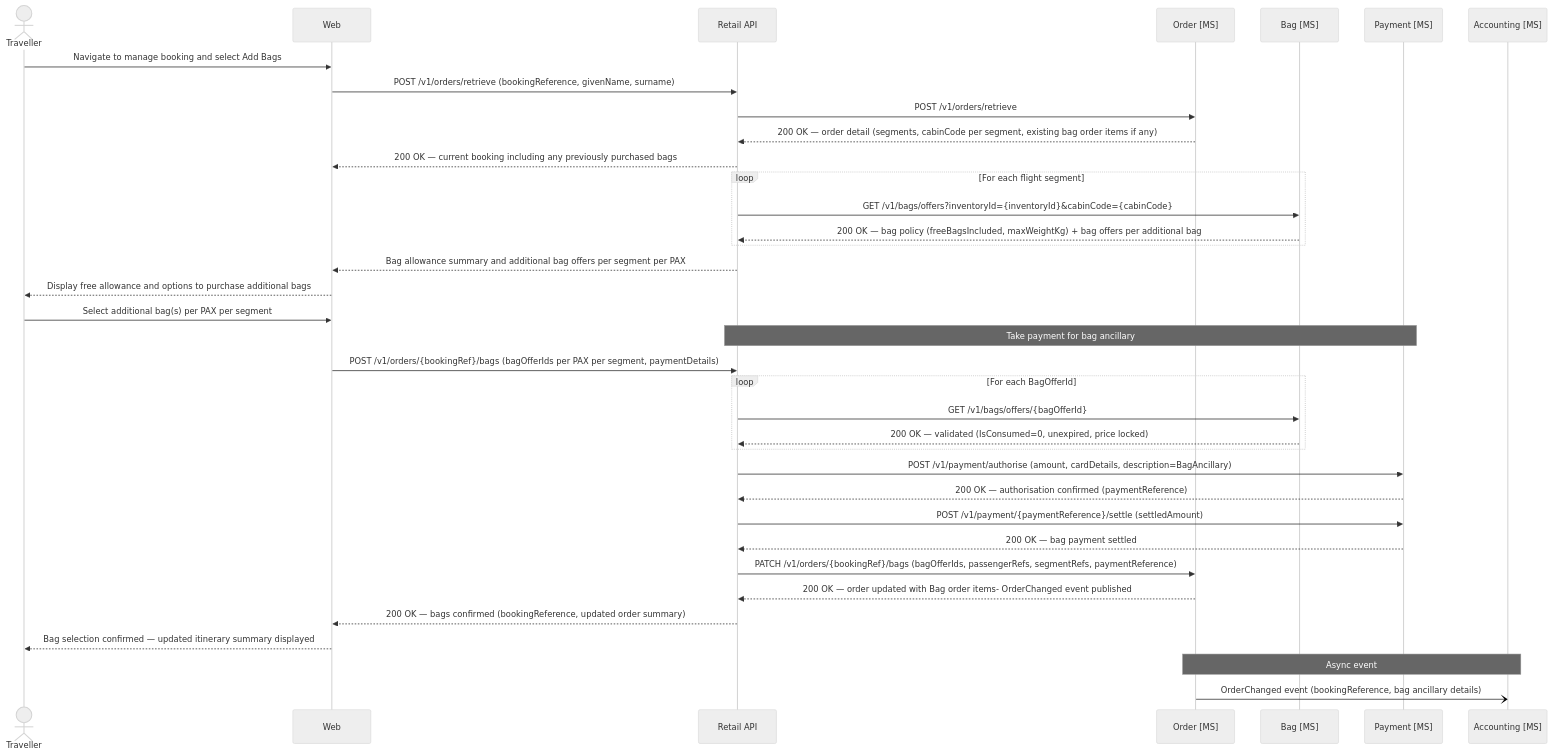
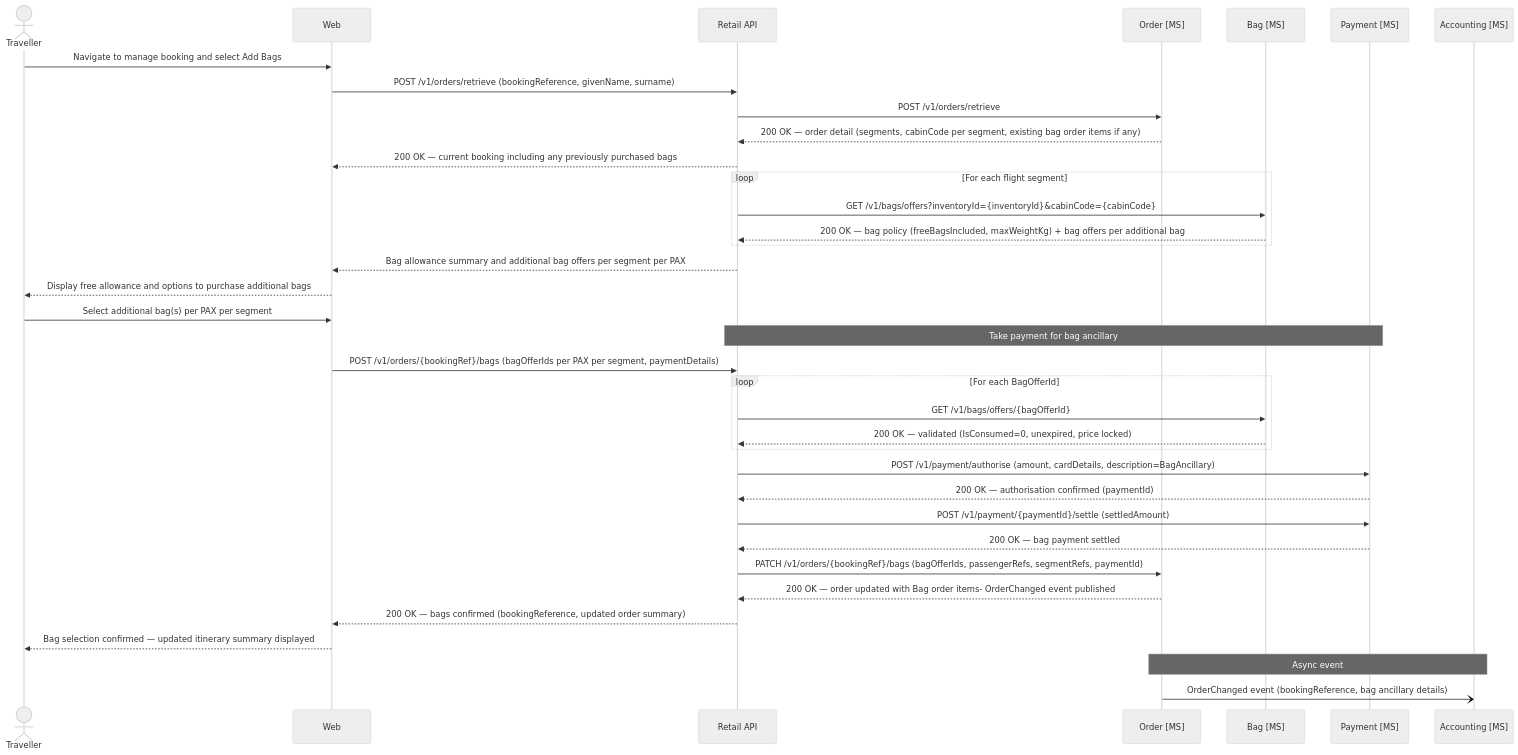
One commit to sebharvey/airline-reservation-system changed the second of 2 diagrams in documentation/design/bag.md. Above: the diagram before and after it, drawn with Mermaid (neutral theme). The commit also changed 13 other files, not shown here.

First line of the commit message:
Replace PaymentReference with PaymentId across all documentation

````diff
--- a/documentation/design/bag.md
+++ b/documentation/design/bag.md
@@ -58,47 +58,47 @@
 ```mermaid
 sequenceDiagram
     actor Traveller
     participant Web
     participant RetailAPI as Retail API
     participant OrderMS as Order [MS]
     participant BagMS as Bag [MS]
     participant PaymentMS as Payment [MS]
     participant AccountingMS as Accounting [MS]
 
     Traveller->>Web: Navigate to manage booking and select Add Bags
 
     Web->>RetailAPI: POST /v1/orders/retrieve (bookingReference, givenName, surname)
     RetailAPI->>OrderMS: POST /v1/orders/retrieve
     OrderMS-->>RetailAPI: 200 OK — order detail (segments, cabinCode per segment, existing bag order items if any)
     RetailAPI-->>Web: 200 OK — current booking including any previously purchased bags
 
     loop For each flight segment
         RetailAPI->>BagMS: GET /v1/bags/offers?inventoryId={inventoryId}&cabinCode={cabinCode}
         BagMS-->>RetailAPI: 200 OK — bag policy (freeBagsIncluded, maxWeightKg) + bag offers per additional bag
     end
 
     RetailAPI-->>Web: Bag allowance summary and additional bag offers per segment per PAX
     Web-->>Traveller: Display free allowance and options to purchase additional bags
 
     Traveller->>Web: Select additional bag(s) per PAX per segment
 
     Note over RetailAPI, PaymentMS: Take payment for bag ancillary
     Web->>RetailAPI: POST /v1/orders/{bookingRef}/bags (bagOfferIds per PAX per segment, paymentDetails)
     loop For each BagOfferId
         RetailAPI->>BagMS: GET /v1/bags/offers/{bagOfferId}
         BagMS-->>RetailAPI: 200 OK — validated (IsConsumed=0, unexpired, price locked)
     end
     RetailAPI->>PaymentMS: POST /v1/payment/authorise (amount, cardDetails, description=BagAncillary)
-    PaymentMS-->>RetailAPI: 200 OK — authorisation confirmed (paymentReference)
-    RetailAPI->>PaymentMS: POST /v1/payment/{paymentReference}/settle (settledAmount)
+    PaymentMS-->>RetailAPI: 200 OK — authorisation confirmed (paymentId)
+    RetailAPI->>PaymentMS: POST /v1/payment/{paymentId}/settle (settledAmount)
     PaymentMS-->>RetailAPI: 200 OK — bag payment settled
 
-    RetailAPI->>OrderMS: PATCH /v1/orders/{bookingRef}/bags (bagOfferIds, passengerRefs, segmentRefs, paymentReference)
+    RetailAPI->>OrderMS: PATCH /v1/orders/{bookingRef}/bags (bagOfferIds, passengerRefs, segmentRefs, paymentId)
     OrderMS-->>RetailAPI: 200 OK — order updated with Bag order items- OrderChanged event published
 
     RetailAPI-->>Web: 200 OK — bags confirmed (bookingReference, updated order summary)
     Web-->>Traveller: Bag selection confirmed — updated itinerary summary displayed
 
     Note over OrderMS, AccountingMS: Async event
     OrderMS-)AccountingMS: OrderChanged event (bookingReference, bag ancillary details)
 ```
````
